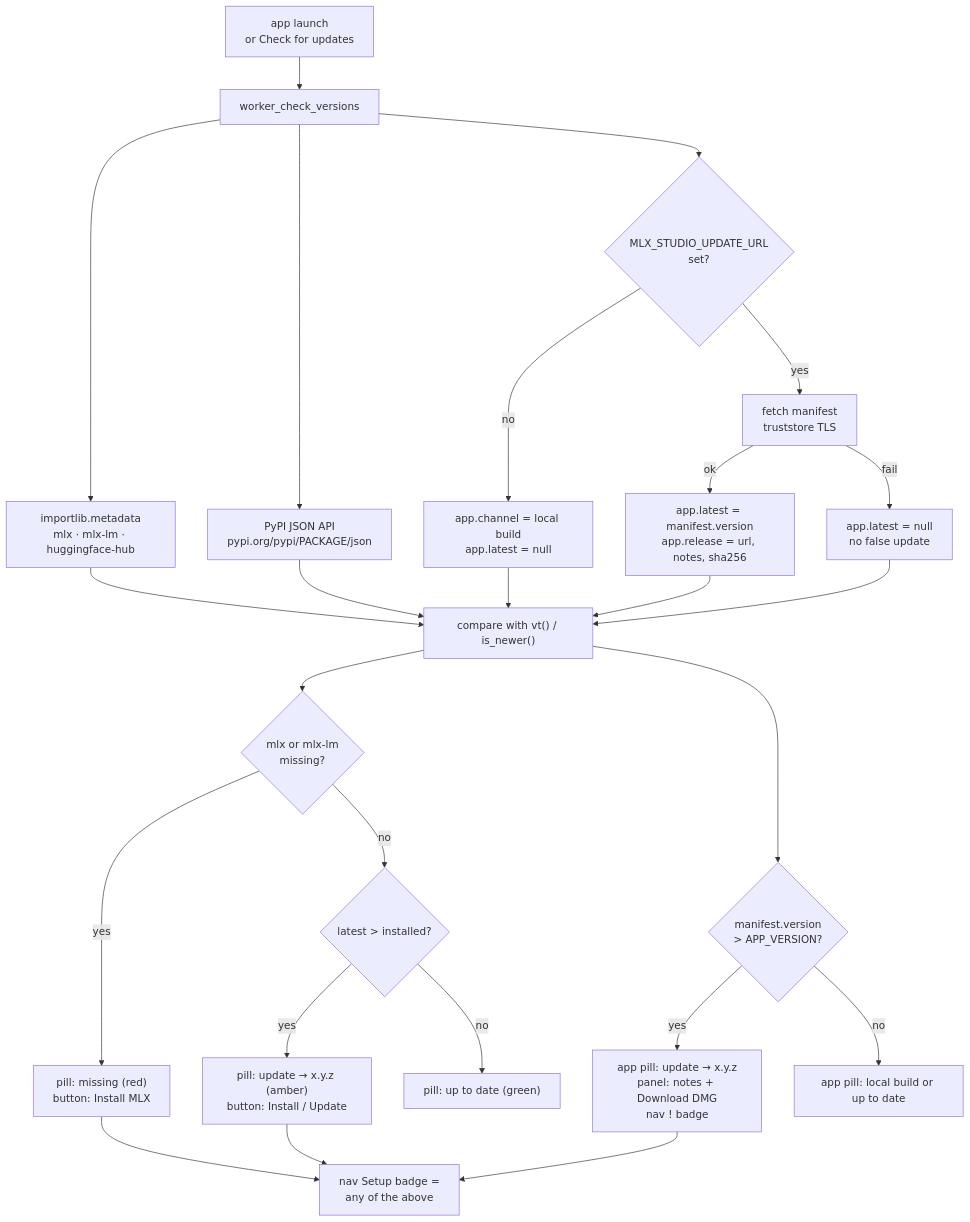
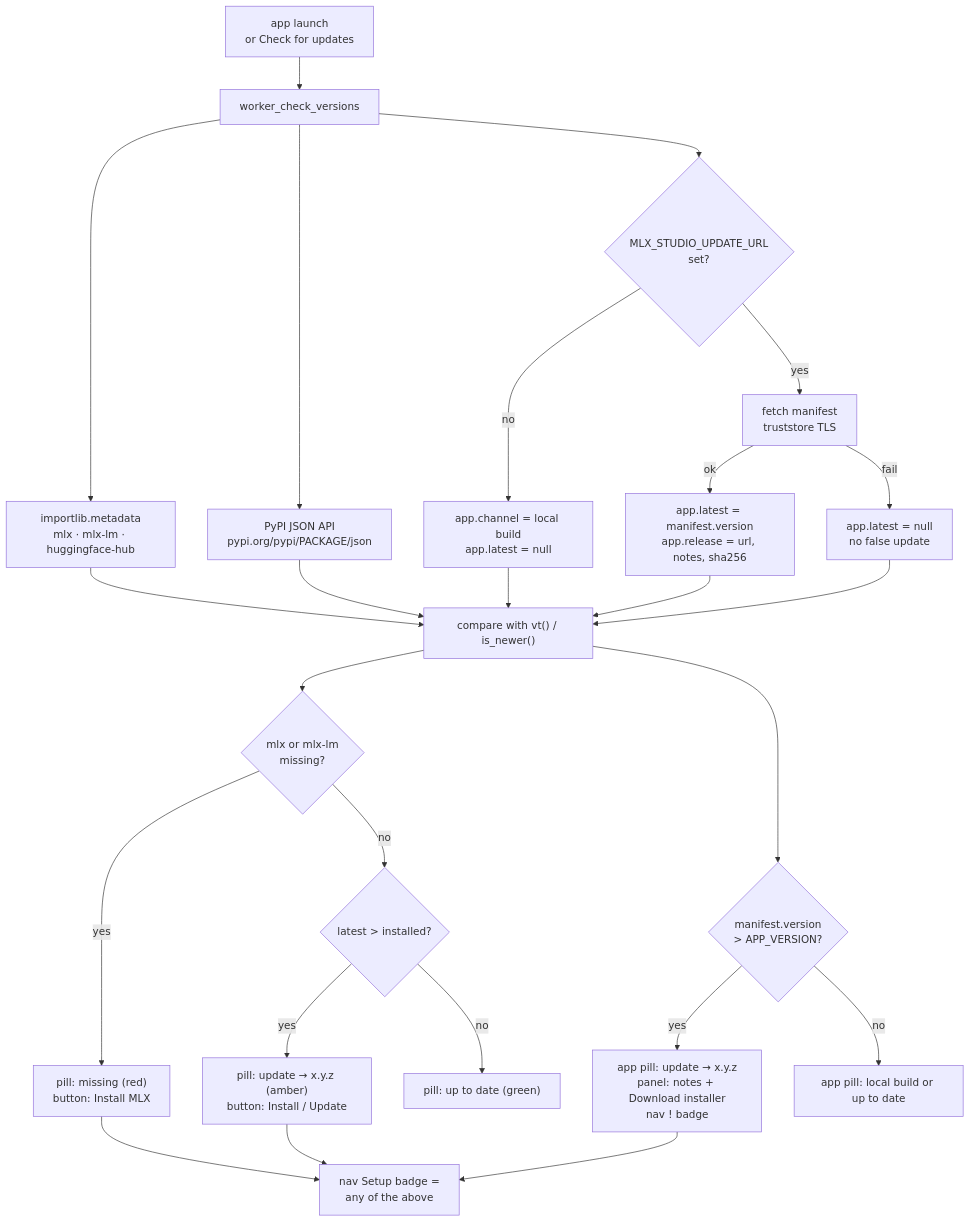
Before and after one commit to DipeshPansuriya/MLX_Model_App: the diagram in docs/diagrams/update-decision.md, drawn with Mermaid. The commit also changed 81 other files, not shown here.

````diff
--- a/docs/diagrams/update-decision.md
+++ b/docs/diagrams/update-decision.md
@@ -17,34 +17,34 @@
 ```mermaid
 flowchart TD
     START["app launch<br/>or Check for updates"] --> PKG["worker_check_versions"]
 
     PKG --> P1["importlib.metadata<br/>mlx · mlx-lm · huggingface-hub"]
     PKG --> P2["PyPI JSON API<br/>pypi.org/pypi/PACKAGE/json"]
     PKG --> P3{"MLX_STUDIO_UPDATE_URL<br/>set?"}
 
     P3 -->|no| P4["app.channel = local build<br/>app.latest = null"]
     P3 -->|yes| P5["fetch manifest<br/>truststore TLS"]
     P5 -->|ok| P6["app.latest = manifest.version<br/>app.release = url, notes, sha256"]
     P5 -->|fail| P7["app.latest = null<br/>no false update"]
 
     P1 --> CMP["compare with vt() / is_newer()"]
     P2 --> CMP
     P6 --> CMP
     P4 --> CMP
     P7 --> CMP
 
     CMP --> D1{"mlx or mlx-lm<br/>missing?"}
     D1 -->|yes| R1["pill: missing (red)<br/>button: Install MLX"]
     D1 -->|no| D2{"latest &gt; installed?"}
     D2 -->|yes| R2["pill: update → x.y.z (amber)<br/>button: Install / Update"]
     D2 -->|no| R3["pill: up to date (green)"]
 
     CMP --> D3{"manifest.version<br/>&gt; APP_VERSION?"}
-    D3 -->|yes| R4["app pill: update → x.y.z<br/>panel: notes + Download DMG<br/>nav ! badge"]
+    D3 -->|yes| R4["app pill: update → x.y.z<br/>panel: notes + Download installer<br/>nav ! badge"]
     D3 -->|no| R5["app pill: local build or up to date"]
 
     R1 --> BADGE
     R2 --> BADGE
     R4 --> BADGE
     BADGE["nav Setup badge =<br/>any of the above"]
 ```
````
